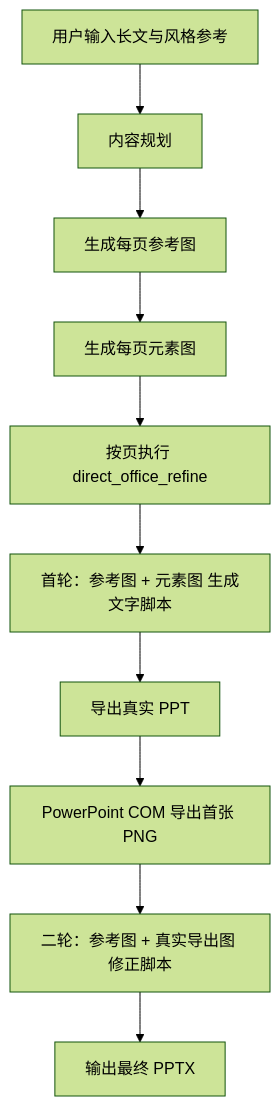
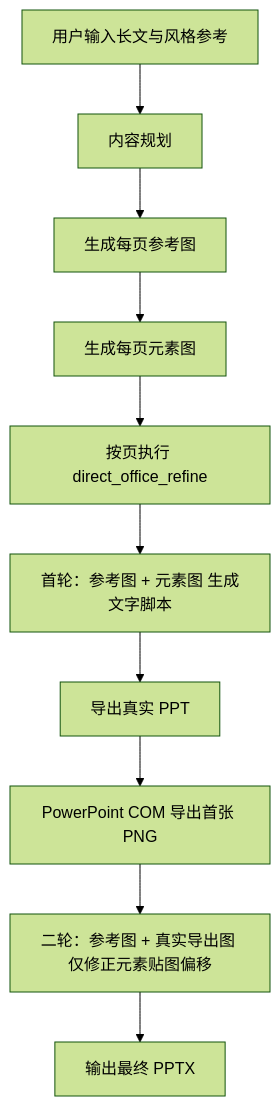
Before and after one commit to 1624899/ai-ppt-maker: the diagram in PPT_SYSTEM_README.md, drawn with Mermaid (forest theme). The commit also changed 31 other files, not shown here.

````diff
--- a/PPT_SYSTEM_README.md
+++ b/PPT_SYSTEM_README.md
@@ -17,12 +17,12 @@
 ```mermaid
 flowchart TD
     A[用户输入长文与风格参考] --> B[内容规划]
     B --> C[生成每页参考图]
     C --> D[生成每页元素图]
     D --> E[按页执行 direct_office_refine]
     E --> F[首轮：参考图 + 元素图 生成文字脚本]
     F --> G[导出真实 PPT]
     G --> H[PowerPoint COM 导出首张 PNG]
-    H --> I[二轮：参考图 + 真实导出图 修正脚本]
+    H --> I[二轮：参考图 + 真实导出图 仅修正元素贴图偏移]
     I --> J[输出最终 PPTX]
 ```
````
